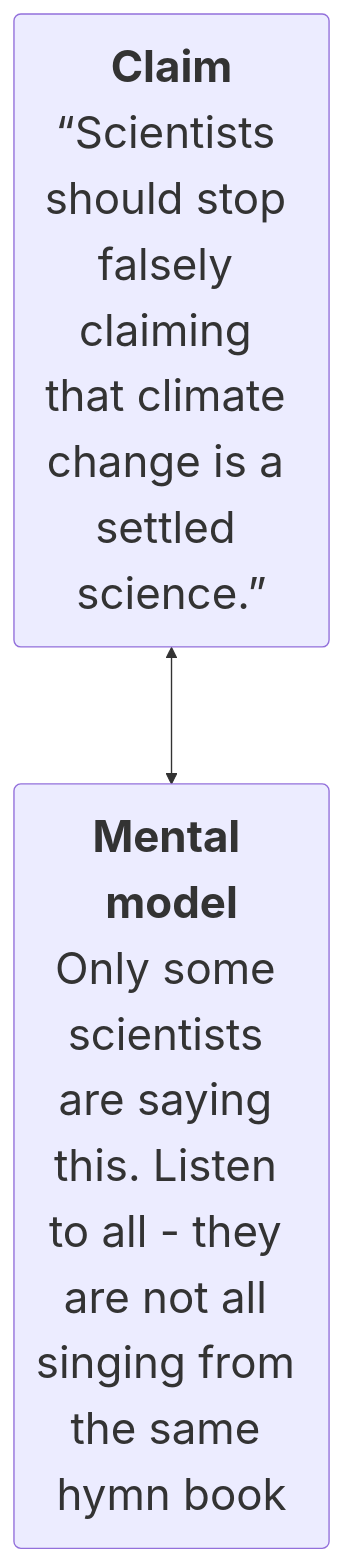
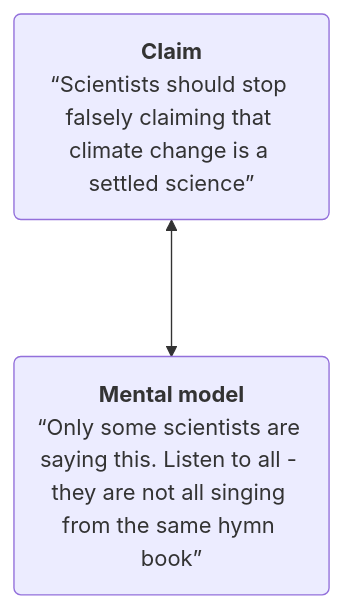
Before and after one commit to matt-lab/2023-05-26_rejection-of-science: the second of 5 diagrams in workshop.qmd, drawn with Mermaid. The commit also changed other lines of this file and 1 other file, not shown here.

Commit message:
Fixed vertical distance in flowcharts

````diff
--- a/workshop.qmd
+++ b/workshop.qmd
@@ -236,8 +237,8 @@
 ```{mermaid}
 %%| mermaid-format: svg
 %%| fig-width: 1300px
 flowchart TD
-  A("<font size=6><b>Claim</b>\n&ldquo;Scientists should stop falsely claiming that climate change is a settled science.&rdquo;")
-  B(<font size=6><b>Mental model</b>\nOnly some scientists are saying this. Listen to all - they are not all singing from the same hymn book)
+  A("<p><b>Claim</b>\n&ldquo;Scientists should stop falsely claiming that climate change is a settled science&rdquo;</p>")
+  B("<p><b>Mental model</b>\n&ldquo;Only some scientists are saying this. Listen to all - they are not all singing from the same hymn book&rdquo;</p>")
   A <---> B
 ```
````
